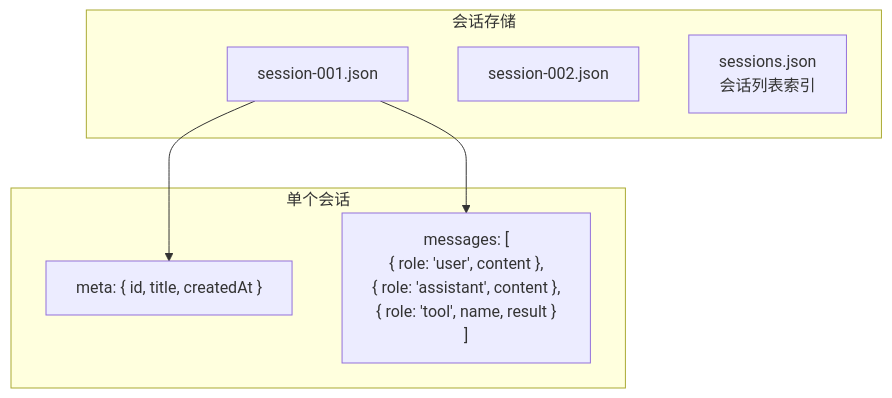
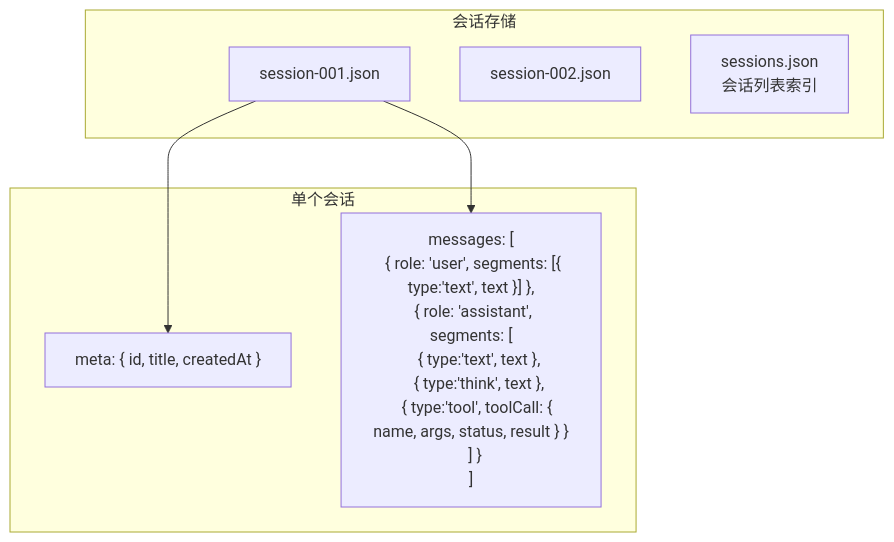
The fifth of 6 diagrams in docs/architecture/agent/chat.md (golddream-y/obsidian-ratel), drawn with Mermaid before and after one commit. The commit also changed other lines of this file and 54 other files, not shown here.

````diff
--- a/docs/architecture/agent/chat.md
+++ b/docs/architecture/agent/chat.md
@@ -202,16 +298,16 @@
 ```mermaid
 graph TB
     subgraph "会话存储"
         S1["session-001.json"]
         S2["session-002.json"]
         SL["sessions.json<br/>会话列表索引"]
     end
 
     subgraph "单个会话"
         META["meta: { id, title, createdAt }"]
-        MSGS["messages: [<br/>  { role: 'user', content },<br/>  { role: 'assistant', content },<br/>  { role: 'tool', name, result }<br/>]"]
+        MSGS["messages: [<br/>  { role: 'user', segments: [{ type:'text', text }] },<br/>  { role: 'assistant', segments: [<br/>    { type:'text', text },<br/>    { type:'think', text },<br/>    { type:'tool', toolCall: { name, args, status, result } }<br/>  ] }<br/>]"]
     end
 
     S1 --> META
     S1 --> MSGS
 ```
````
